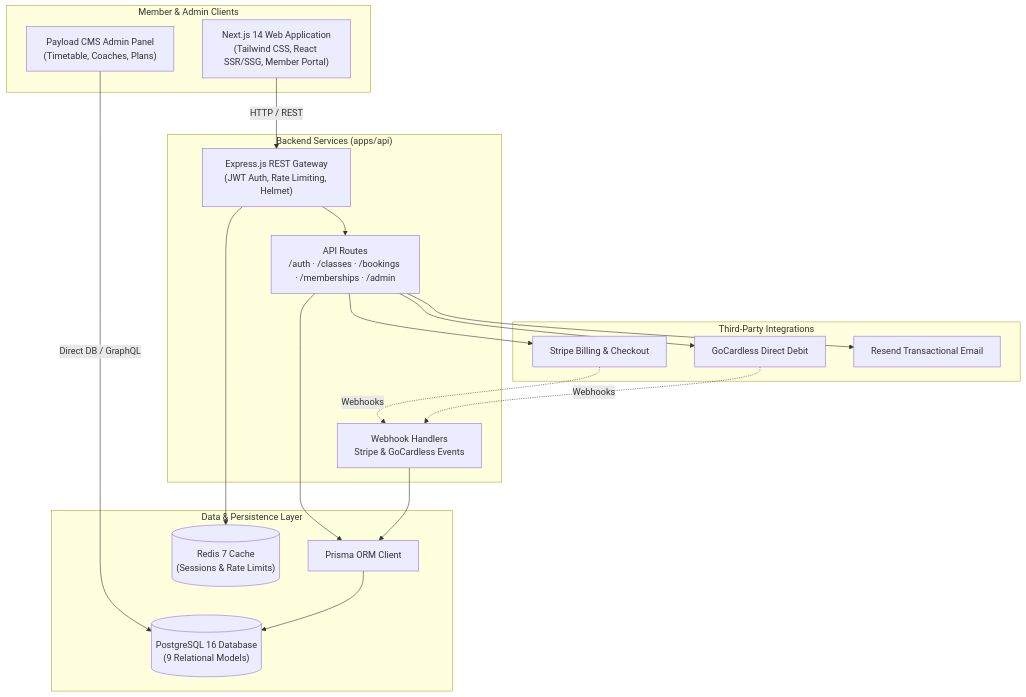
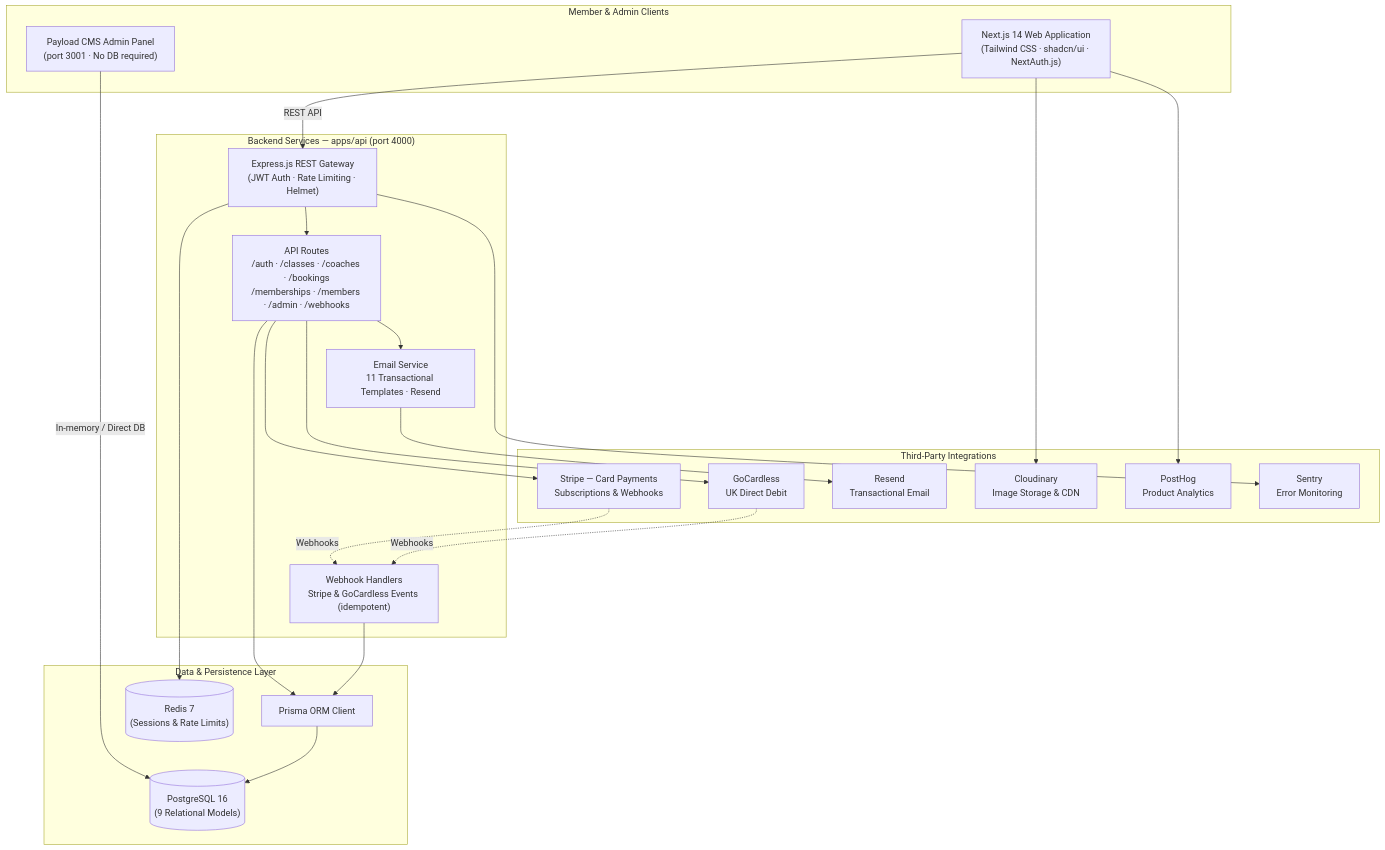
The diagram in README.md (serviceprovidermanchester/IronWorks-Gym-Live-Timetable-Membership-Platform), drawn with Mermaid before and after one commit. The commit also changed other lines of this file, not shown here.

Commit message:
docs: complete README rewrite — full project audit, 22 screenshots, all pages/routes/APIs documented

````diff
--- a/README.md
+++ b/README.md
@@ -61,38 +97,46 @@
 ```mermaid
 flowchart TD
     subgraph Clients["Member & Admin Clients"]
-        WEB["Next.js 14 Web Application<br/>(Tailwind CSS, React SSR/SSG, Member Portal)"]
-        CMS_ADMIN["Payload CMS Admin Panel<br/>(Timetable, Coaches, Plans)"]
+        WEB["Next.js 14 Web Application<br/>(Tailwind CSS · shadcn/ui · NextAuth.js)"]
+        CMS_ADMIN["Payload CMS Admin Panel<br/>(port 3001 · No DB required)"]
     end
 
-    subgraph API_Gateway["Backend Services (apps/api)"]
-        REST["Express.js REST Gateway<br/>(JWT Auth, Rate Limiting, Helmet)"]
-        ROUTES["API Routes<br/>/auth · /classes · /bookings · /memberships · /admin"]
-        WEBHOOKS["Webhook Handlers<br/>Stripe & GoCardless Events"]
+    subgraph API_Gateway["Backend Services — apps/api (port 4000)"]
+        REST["Express.js REST Gateway<br/>(JWT Auth · Rate Limiting · Helmet)"]
+        ROUTES["API Routes<br/>/auth · /classes · /coaches · /bookings<br/>/memberships · /members · /admin · /webhooks"]
+        WEBHOOKS["Webhook Handlers<br/>Stripe & GoCardless Events (idempotent)"]
+        EMAILS["Email Service<br/>11 Transactional Templates · Resend"]
     end
 
     subgraph Data_Layer["Data & Persistence Layer"]
         PRISMA["Prisma ORM Client"]
-        POSTGRES[("PostgreSQL 16 Database<br/>(9 Relational Models)")]
-        REDIS[("Redis 7 Cache<br/>(Sessions & Rate Limits)")]
+        POSTGRES[("PostgreSQL 16<br/>(9 Relational Models)")]
+        REDIS[("Redis 7<br/>(Sessions & Rate Limits)")]
     end
 
-    subgraph External_Services["Third-Party Integrations"]
-        STRIPE["Stripe Billing & Checkout"]
-        GOCARDLESS["GoCardless Direct Debit"]
-        RESEND["Resend Transactional Email"]
+    subgraph External["Third-Party Integrations"]
+        STRIPE["Stripe — Card Payments<br/>Subscriptions & Webhooks"]
+        GC["GoCardless<br/>UK Direct Debit"]
+        RESEND["Resend<br/>Transactional Email"]
+        CLOUDINARY["Cloudinary<br/>Image Storage & CDN"]
+        POSTHOG["PostHog<br/>Product Analytics"]
+        SENTRY["Sentry<br/>Error Monitoring"]
     end
 
-    WEB -->|HTTP / REST| REST
-    CMS_ADMIN -->|Direct DB / GraphQL| POSTGRES
+    WEB -->|REST API| REST
+    CMS_ADMIN -->|In-memory / Direct DB| POSTGRES
     REST --> ROUTES
     ROUTES --> PRISMA
     PRISMA --> POSTGRES
     REST --> REDIS
     ROUTES --> STRIPE
-    ROUTES --> GOCARDLESS
-    ROUTES --> RESEND
+    ROUTES --> GC
+    ROUTES --> EMAILS
+    EMAILS --> RESEND
     STRIPE -.->|Webhooks| WEBHOOKS
-    GOCARDLESS -.->|Webhooks| WEBHOOKS
+    GC -.->|Webhooks| WEBHOOKS
     WEBHOOKS --> PRISMA
+    WEB --> CLOUDINARY
+    WEB --> POSTHOG
+    REST --> SENTRY
 ```
````
